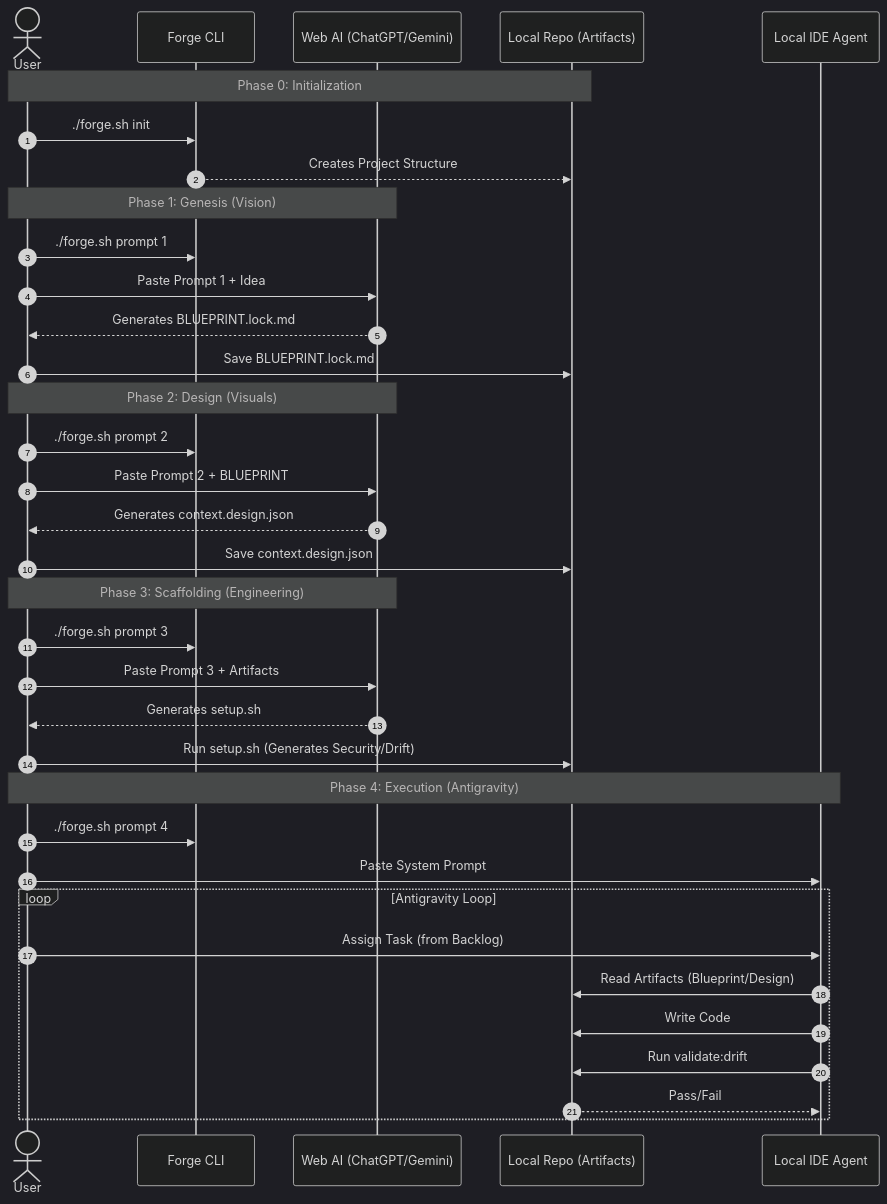
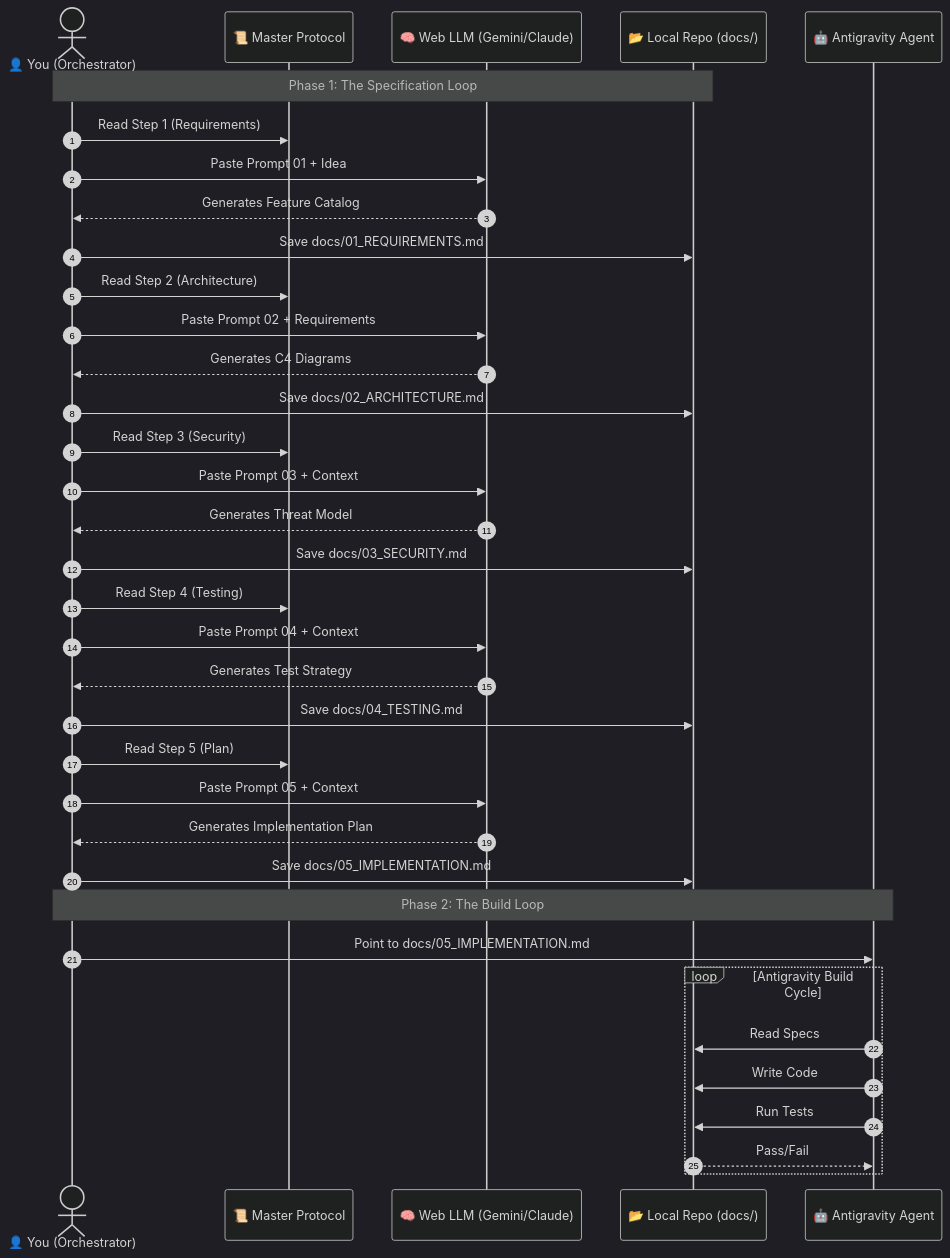
The diagram in diagrams/sequence_diagram.mermaid (richfrem/quantum-diamond-forge), drawn with Mermaid (dark theme) before and after one commit. The commit also changed 11 other files, not shown here.

```diff
--- a/diagrams/sequence_diagram.mermaid
+++ b/diagrams/sequence_diagram.mermaid
@@ -1,40 +1,44 @@
 sequenceDiagram
     autonumber
-    actor User
-    participant CLI as Forge CLI
-    participant WebAI as Web AI (ChatGPT/Gemini)
-    participant Repo as Local Repo (Artifacts)
-    participant Agent as Local IDE Agent
+    actor User as 👤 You (Orchestrator)
+    participant Master as 📜 Master Protocol
+    participant WebAI as 🧠 Web LLM (Gemini/Claude)
+    participant Repo as 📂 Local Repo (docs/)
+    participant Agent as 🤖 Antigravity Agent
 
-    Note over User, Repo: Phase 0: Initialization
-    User->>CLI: ./forge.sh init
-    CLI-->>Repo: Creates Project Structure
-
-    Note over User, WebAI: Phase 1: Genesis (Vision)
-    User->>CLI: ./forge.sh prompt 1
-    User->>WebAI: Paste Prompt 1 + Idea
-    WebAI-->>User: Generates BLUEPRINT.lock.md
-    User->>Repo: Save BLUEPRINT.lock.md
-
-    Note over User, WebAI: Phase 2: Design (Visuals)
-    User->>CLI: ./forge.sh prompt 2
-    User->>WebAI: Paste Prompt 2 + BLUEPRINT
-    WebAI-->>User: Generates context.design.json
-    User->>Repo: Save context.design.json
-
-    Note over User, WebAI: Phase 3: Scaffolding (Engineering)
-    User->>CLI: ./forge.sh prompt 3
-    User->>WebAI: Paste Prompt 3 + Artifacts
-    WebAI-->>User: Generates setup.sh
-    User->>Repo: Run setup.sh (Generates Security/Drift)
-
-    Note over User, Agent: Phase 4: Execution (Antigravity)
-    User->>CLI: ./forge.sh prompt 4
-    User->>Agent: Paste System Prompt
-    loop Antigravity Loop
-        User->>Agent: Assign Task (from Backlog)
-        Agent->>Repo: Read Artifacts (Blueprint/Design)
+    Note over User, Repo: Phase 1: The Specification Loop
+    
+    User->>Master: Read Step 1 (Requirements)
+    User->>WebAI: Paste Prompt 01 + Idea
+    WebAI-->>User: Generates Feature Catalog
+    User->>Repo: Save docs/01_REQUIREMENTS.md
+    
+    User->>Master: Read Step 2 (Architecture)
+    User->>WebAI: Paste Prompt 02 + Requirements
+    WebAI-->>User: Generates C4 Diagrams
+    User->>Repo: Save docs/02_ARCHITECTURE.md
+    
+    User->>Master: Read Step 3 (Security)
+    User->>WebAI: Paste Prompt 03 + Context
+    WebAI-->>User: Generates Threat Model
+    User->>Repo: Save docs/03_SECURITY.md
+    
+    User->>Master: Read Step 4 (Testing)
+    User->>WebAI: Paste Prompt 04 + Context
+    WebAI-->>User: Generates Test Strategy
+    User->>Repo: Save docs/04_TESTING.md
+    
+    User->>Master: Read Step 5 (Plan)
+    User->>WebAI: Paste Prompt 05 + Context
+    WebAI-->>User: Generates Implementation Plan
+    User->>Repo: Save docs/05_IMPLEMENTATION.md
+    
+    Note over User, Agent: Phase 2: The Build Loop
+    
+    User->>Agent: Point to docs/05_IMPLEMENTATION.md
+    loop Antigravity Build Cycle
+        Agent->>Repo: Read Specs
         Agent->>Repo: Write Code
-        Agent->>Repo: Run validate:drift
+        Agent->>Repo: Run Tests
         Repo-->>Agent: Pass/Fail
     end
```
